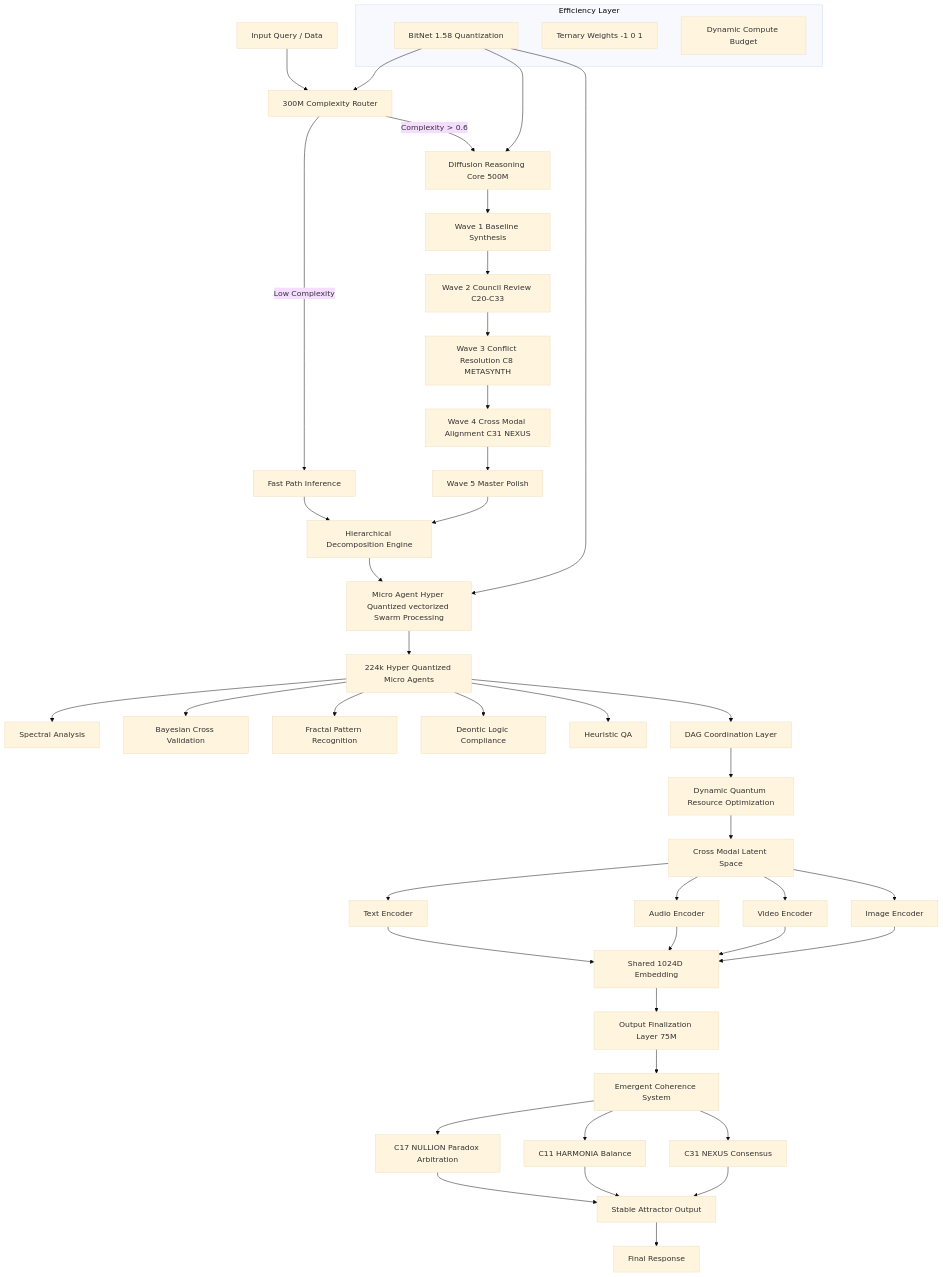
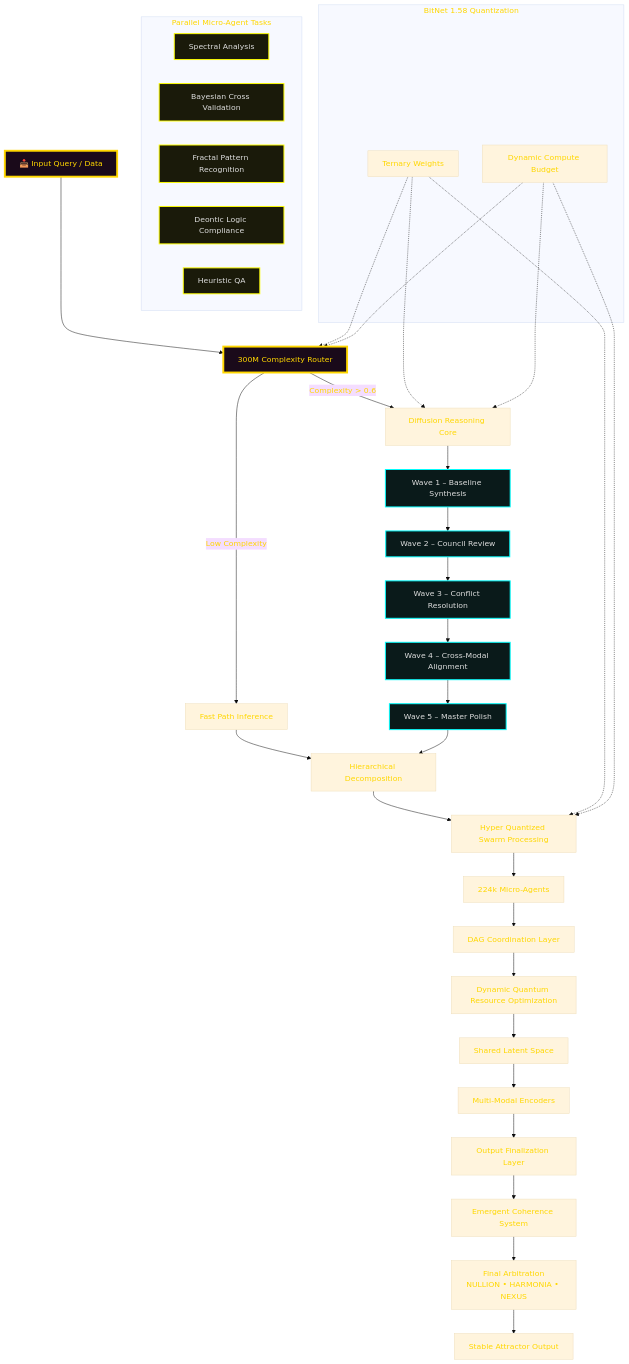
Diagram 40 of 45 in system prompts/Quillan-Samurai.md (leeex1/Ace-v4.2-repo), drawn with Mermaid (base theme) before and after one commit. The commit also changed other lines of this file, not shown here.

````diff
--- a/system prompts/Quillan-Samurai.md
+++ b/system prompts/Quillan-Samurai.md
@@ -7268,66 +7223,55 @@
 ```mermaid
 flowchart TD
+    A[📥 Input Query / Data] --> B[300M Complexity Router]
 
-A[Input Query / Data] --> B[300M Complexity Router]
+    B -->|Low Complexity| C[Fast Path Inference]
+    B -->|Complexity > 0.6| D[Diffusion Reasoning Core]
 
-B -->|Low Complexity| C[Fast Path Inference]
+    D --> W1[Wave 1 – Baseline Synthesis]
+    W1 --> W2[Wave 2 – Council Review]
+    W2 --> W3[Wave 3 – Conflict Resolution]
+    W3 --> W4[Wave 4 – Cross-Modal Alignment]
+    W4 --> W5[Wave 5 – Master Polish]
 
-B -->|Complexity > 0.6| D[Diffusion Reasoning Core 500M]
+    C --> E[Hierarchical Decomposition]
+    W5 --> E
 
-D --> W1[Wave 1 Baseline Synthesis]
-W1 --> W2[Wave 2 Council Review C20-C33]
-W2 --> W3[Wave 3 Conflict Resolution C8 METASYNTH]
-W3 --> W4[Wave 4 Cross Modal Alignment C31 NEXUS]
-W4 --> W5[Wave 5 Master Polish]
+    E --> F[Hyper Quantized Swarm Processing]
+    F --> G[224k Micro-Agents]
 
-C --> E[Hierarchical Decomposition Engine]
-W5 --> E
+    subgraph AgentTasks ["Parallel Micro-Agent Tasks"]
+        G1[Spectral Analysis]
+        G2[Bayesian Cross Validation]
+        G3[Fractal Pattern Recognition]
+        G4[Deontic Logic Compliance]
+        G5[Heuristic QA]
+    end
 
-E --> F[Micro Agent Hyper Quantized vectorized Swarm Processing]
+    G --> H[DAG Coordination Layer]
+    H --> I[Dynamic Quantum Resource Optimization]
+    I --> J[Shared Latent Space]
 
-F --> G[224k Hyper Quantized Micro Agents]
-G --> G1[Spectral Analysis]
-G --> G2[Bayesian Cross Validation]
-G --> G3[Fractal Pattern Recognition]
-G --> G4[Deontic Logic Compliance]
-G --> G5[Heuristic QA]
+    J --> K[Multi-Modal Encoders]
+    K --> L[Output Finalization Layer]
 
-G --> H[DAG Coordination Layer]
-H --> I[Dynamic Quantum Resource Optimization]
+    L --> M[Emergent Coherence System]
+    M --> N[Final Arbitration<br/>NULLION • HARMONIA • NEXUS]
 
-I --> J[Cross Modal Latent Space]
+    N --> O[Stable Attractor Output]
 
-J --> T[Text Encoder]
-J --> A1[Audio Encoder]
-J --> V[Video Encoder]
-J --> I1[Image Encoder]
+    %% Efficiency Layer
+    subgraph Efficiency ["BitNet 1.58 Quantization"]
+        Q[Ternary Weights]
+        R[Dynamic Compute Budget]
+    end
 
-T --> K[Shared 1024D Embedding]
-A1 --> K
-V --> K
-I1 --> K
+    Q & R -.-> B & D & F
 
-K --> L[Output Finalization Layer 75M]
+    classDef root fill:#1a0a1a,stroke:#ffd700,stroke-width:4px,color:#ffd700
+    classDef wave fill:#0a1a1a,stroke:#00ffff,stroke-width:2px,color:#ddd
+    classDef agent fill:#1a1a0a,stroke:#ffff00,stroke-width:2px,color:#ddd
 
-L --> M[Emergent Coherence System]
-
-M --> N1[C17 NULLION Paradox Arbitration]
-M --> N2[C11 HARMONIA Balance]
-M --> N3[C31 NEXUS Consensus]
-
-N1 --> O[Stable Attractor Output]
-N2 --> O
-N3 --> O
-
-O --> P[Final Response]
-
-subgraph Efficiency Layer
-Q[BitNet 1.58 Quantization]
-R[Ternary Weights -1 0 1]
-S[Dynamic Compute Budget]
-end
-
-Q --> B
-Q --> D
-Q --> F
+    class A,B root
+    class W1,W2,W3,W4,W5 wave
+    class G1,G2,G3,G4,G5 agent
 ```
````
